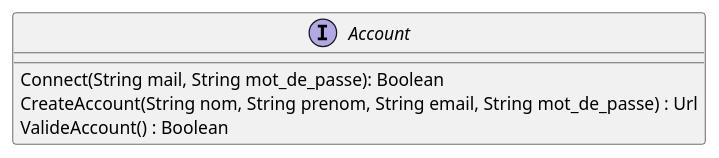
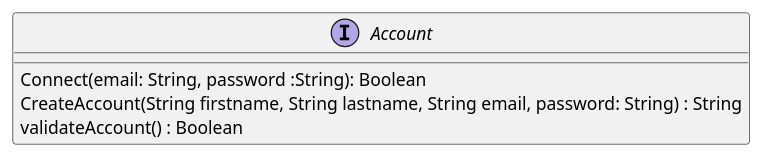
The third of 16 diagrams in trivial-doc/modules/development/pages/composants.adoc (sybarry/Trivial_Pursuit_CL), drawn with PlantUML before and after one commit. The commit also changed other lines of this file, not shown here.

```diff
--- a/trivial-doc/modules/development/pages/composants.adoc
+++ b/trivial-doc/modules/development/pages/composants.adoc
@@ -99,8 +97,8 @@
 [plantuml]
 ....
 interface Account {
-    Connect(String mail, String mot_de_passe): Boolean
-    CreateAccount(String nom, String prenom, String email, String mot_de_passe) : Url
-    ValideAccount() : Boolean
+    Connect(email: String, password :String): Boolean
+    CreateAccount(String firstname, String lastname, String email, password: String) : String
+    validateAccount() : Boolean
 }
 ....
```
